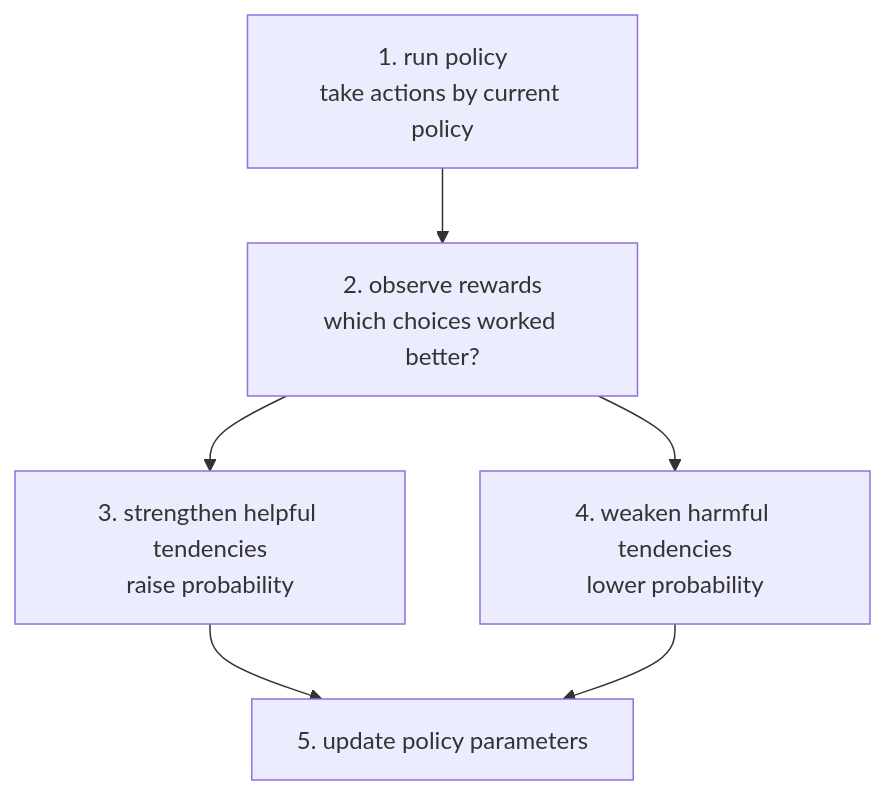
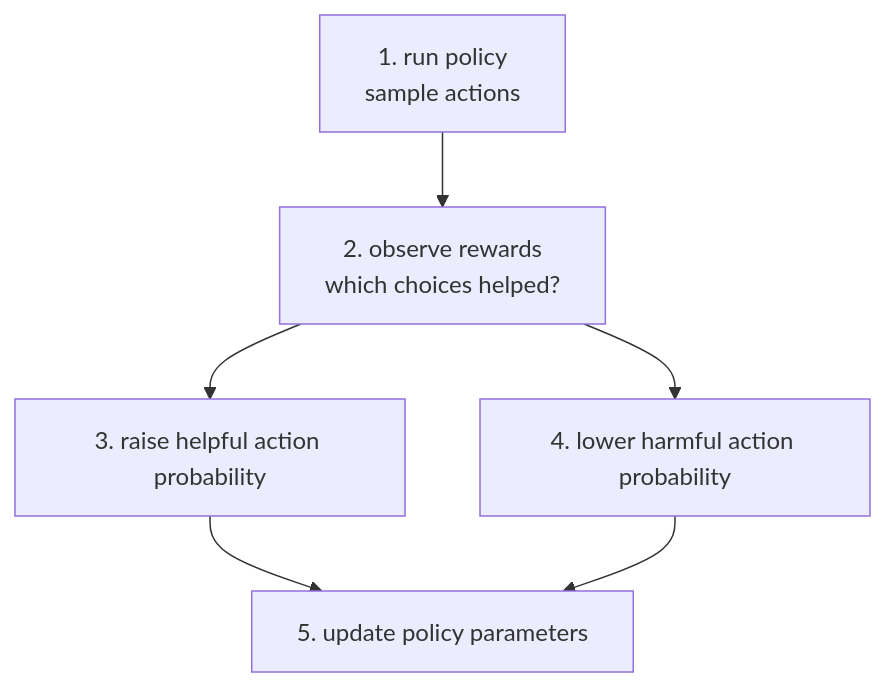
One commit to devchan64/AiBook changed the fourth of 6 diagrams in docs/parts/part-04/chapter-19/section-02.md. Above: the diagram before and after it, drawn with Mermaid. The commit also changed other lines of this file and 102 other files, not shown here.

````diff
--- a/docs/parts/part-04/chapter-19/section-02.md
+++ b/docs/parts/part-04/chapter-19/section-02.md
@@ -155,11 +178,11 @@
 ```mermaid
 flowchart TB
-  A["1. run policy<br/>take actions by current policy"]
-  B["2. observe rewards<br/>which choices worked better?"]
-  C["3. strengthen helpful tendencies<br/>raise probability"]
-  D["4. weaken harmful tendencies<br/>lower probability"]
+  A["1. run policy<br/>sample actions"]
+  B["2. observe rewards<br/>which choices helped?"]
+  C["3. raise helpful action probability"]
+  D["4. lower harmful action probability"]
   E["5. update policy parameters"]
 
   A --> B --> C --> E
   B --> D --> E
 ```
````
